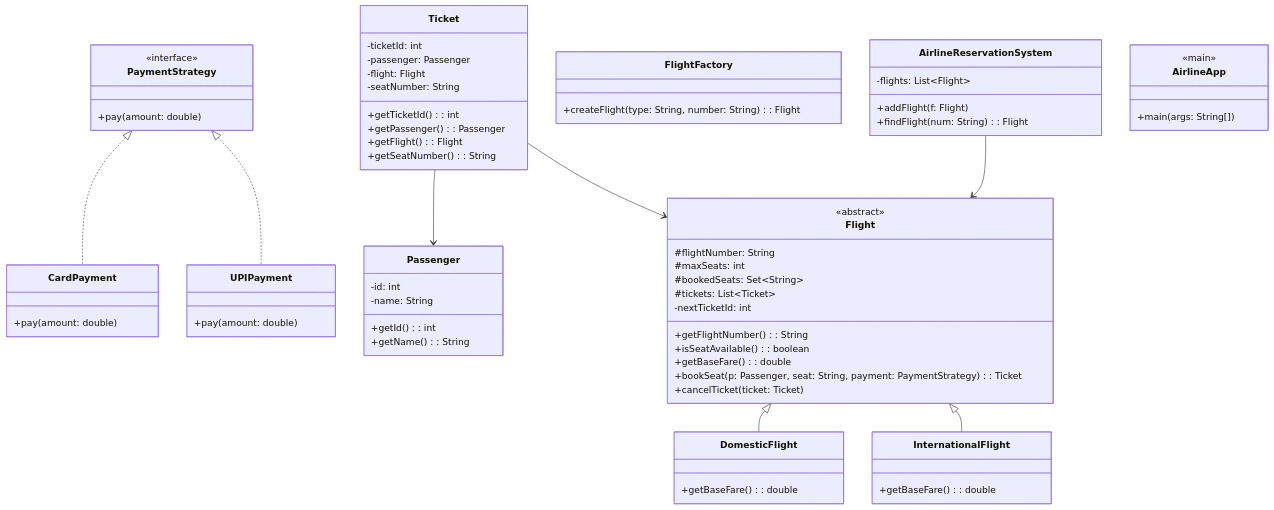
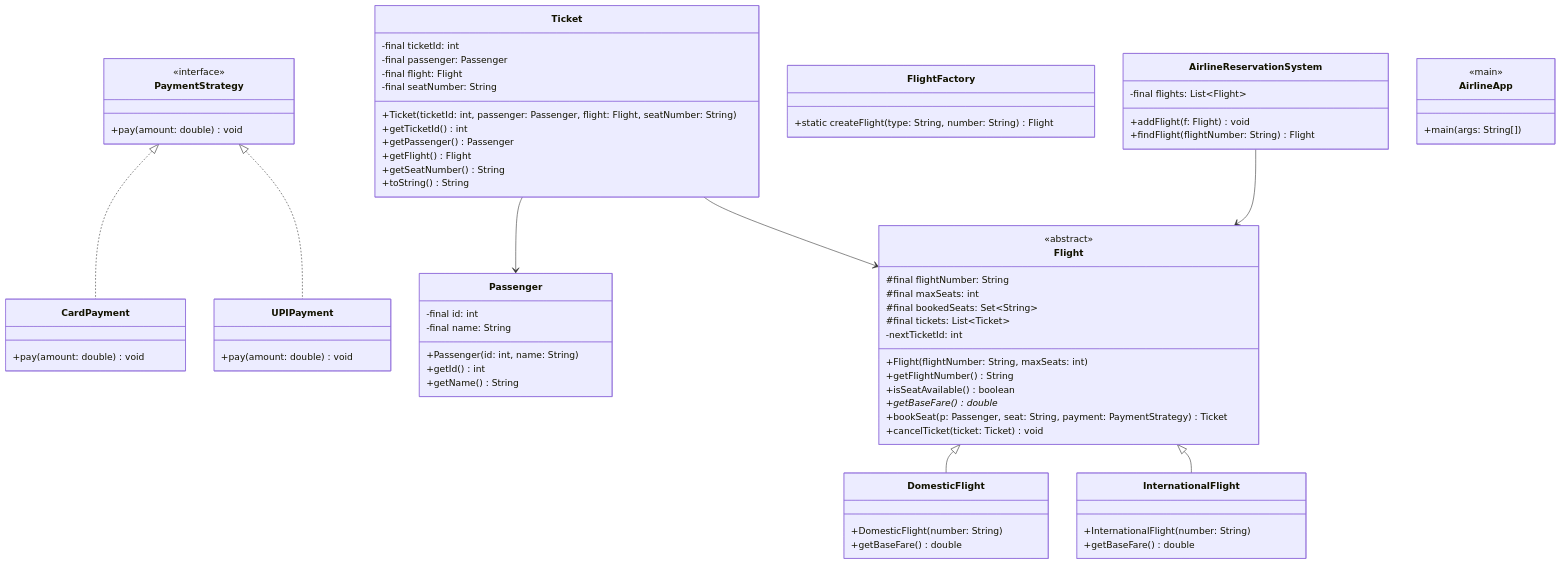
Before and after one commit to srimani-ravikumar/interview-prep: the diagram in OOP/2_Problems_Solving_Using_OOP/Hard/Airline_Reservation_System/AirlineReservationSystem.md, drawn with Mermaid.

Commit message:
update to class diagram

````diff
--- a/OOP/2_Problems_Solving_Using_OOP/Hard/Airline_Reservation_System/AirlineReservationSystem.md
+++ b/OOP/2_Problems_Solving_Using_OOP/Hard/Airline_Reservation_System/AirlineReservationSystem.md
@@ -1,18 +1,18 @@
 ```mermaid
 
 classDiagram
-    %% ===================== Interfaces =====================
+    %% ===================== Interfaces & Implemenations of Payment Mode =====================
     class PaymentStrategy {
         <<interface>>
-        +pay(amount: double)
+        +pay(amount: double) void
     }
 
     class CardPayment {
-        +pay(amount: double)
+        +pay(amount: double) void
     }
 
     class UPIPayment {
-        +pay(amount: double)
+        +pay(amount: double) void
     }
 
     PaymentStrategy <|.. CardPayment
@@ -20,48 +20,54 @@
 
     %% ===================== Passenger =====================
     class Passenger {
-        -id: int
-        -name: String
-        +getId(): int
-        +getName(): String
+        -final id: int
+        -final name: String
+        +Passenger(id: int, name: String)
+        +getId() int
+        +getName() String
     }
 
     %% ===================== Ticket =====================
     class Ticket {
-        -ticketId: int
-        -passenger: Passenger
-        -flight: Flight
-        -seatNumber: String
-        +getTicketId(): int
-        +getPassenger(): Passenger
-        +getFlight(): Flight
-        +getSeatNumber(): String
+        -final ticketId: int
+        -final passenger: Passenger
+        -final flight: Flight
+        -final seatNumber: String
+        +Ticket(ticketId: int, passenger: Passenger, flight: Flight, seatNumber: String)
+        +getTicketId() int
+        +getPassenger() Passenger
+        +getFlight() Flight
+        +getSeatNumber() String
+        +toString() String
     }
 
     Ticket --> Passenger
     Ticket --> Flight
 
-    %% ===================== Abstract Flight =====================
+    %% ===================== Abstract Flight & its types =====================
     class Flight {
         <<abstract>>
-        #flightNumber: String
-        #maxSeats: int
-        #bookedSeats: Set~String~
-        #tickets: List~Ticket~
+        #final flightNumber: String
+        #final maxSeats: int
+        #final bookedSeats: Set~String~
+        #final tickets: List~Ticket~
         -nextTicketId: int
-        +getFlightNumber(): String
-        +isSeatAvailable(): boolean
-        +getBaseFare(): double
-        +bookSeat(p: Passenger, seat: String, payment: PaymentStrategy): Ticket
-        +cancelTicket(ticket: Ticket)
+        +Flight(flightNumber: String, maxSeats: int)
+        +getFlightNumber() String
+        +isSeatAvailable() boolean
+        +getBaseFare() double*
+        +bookSeat(p: Passenger, seat: String, payment: PaymentStrategy) Ticket
+        +cancelTicket(ticket: Ticket) void
     }
 
     class DomesticFlight {
-        +getBaseFare(): double
+        +DomesticFlight(number: String)
+        +getBaseFare() double
     }
 
     class InternationalFlight {
-        +getBaseFare(): double
+        +InternationalFlight(number: String)
+        +getBaseFare() double
     }
 
     Flight <|-- DomesticFlight
@@ -69,14 +75,14 @@
 
     %% ===================== Flight Factory =====================
     class FlightFactory {
-        +createFlight(type: String, number: String): Flight
+        +static createFlight(type: String, number: String) Flight
     }
 
     %% ===================== Airline Reservation System =====================
     class AirlineReservationSystem {
-        -flights: List~Flight~
-        +addFlight(f: Flight)
-        +findFlight(num: String): Flight
+        -final flights: List~Flight~
+        +addFlight(f: Flight) void
+        +findFlight(flightNumber: String) Flight
     }
 
     AirlineReservationSystem --> Flight
````
